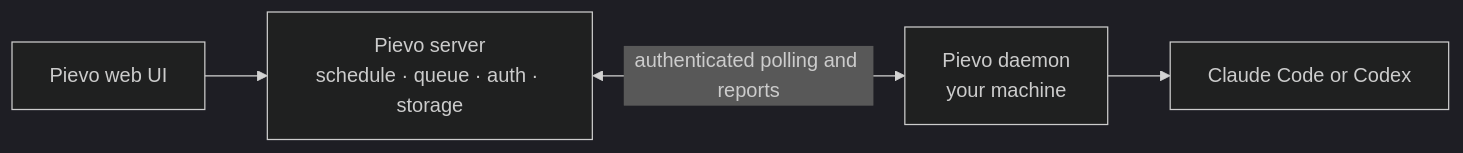
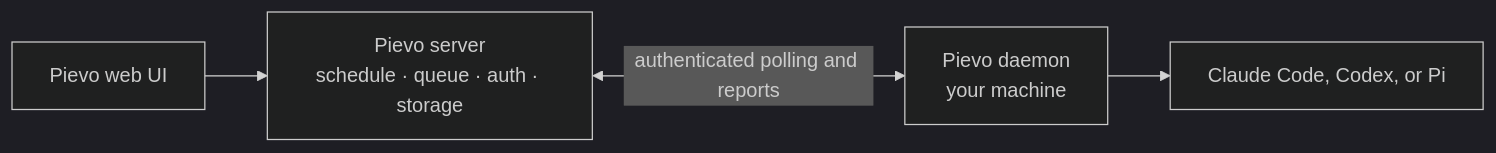
Before and after one commit to kky42/pievo: the diagram in README.md, drawn with Mermaid (dark theme). The commit also changed other lines of this file and 31 other files, not shown here.

````diff
--- a/README.md
+++ b/README.md
@@ -107,6 +107,6 @@
 ```mermaid
 flowchart LR
   UI["Pievo web UI"] --> Server["Pievo server<br/>schedule · queue · auth · storage"]
   Server <-->|"authenticated polling and reports"| Daemon["Pievo daemon<br/>your machine"]
-  Daemon --> Agent["Claude Code or Codex"]
+  Daemon --> Agent["Claude Code, Codex, or Pi"]
 ```
````
